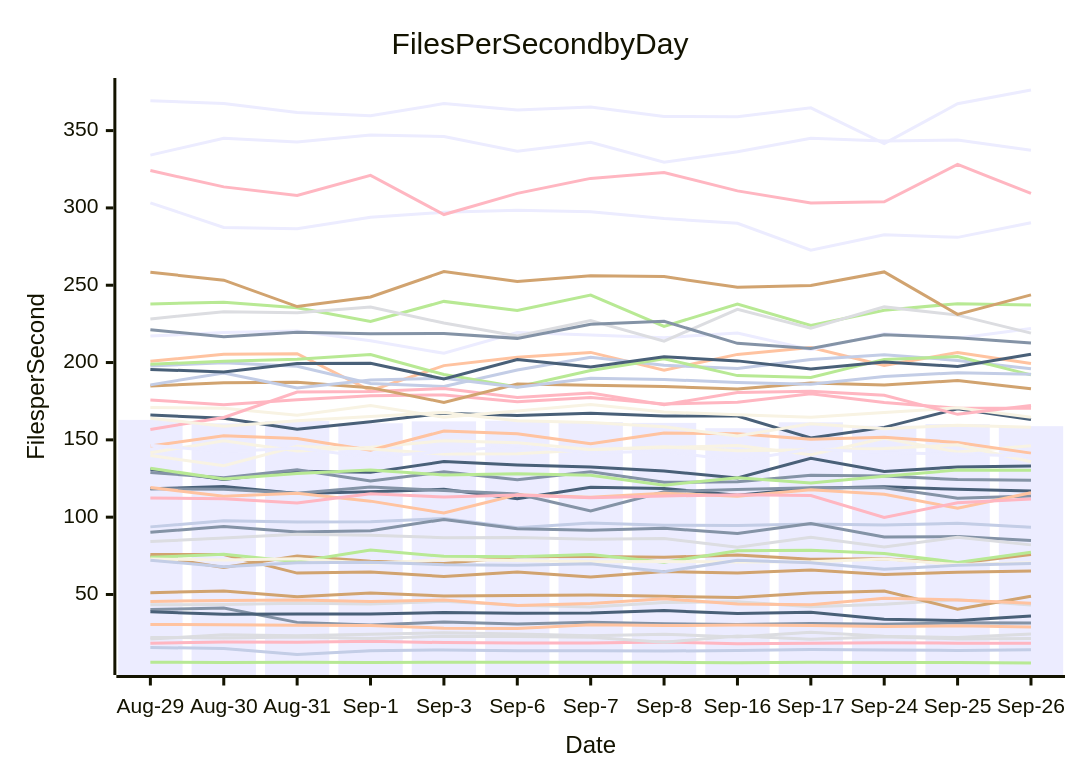
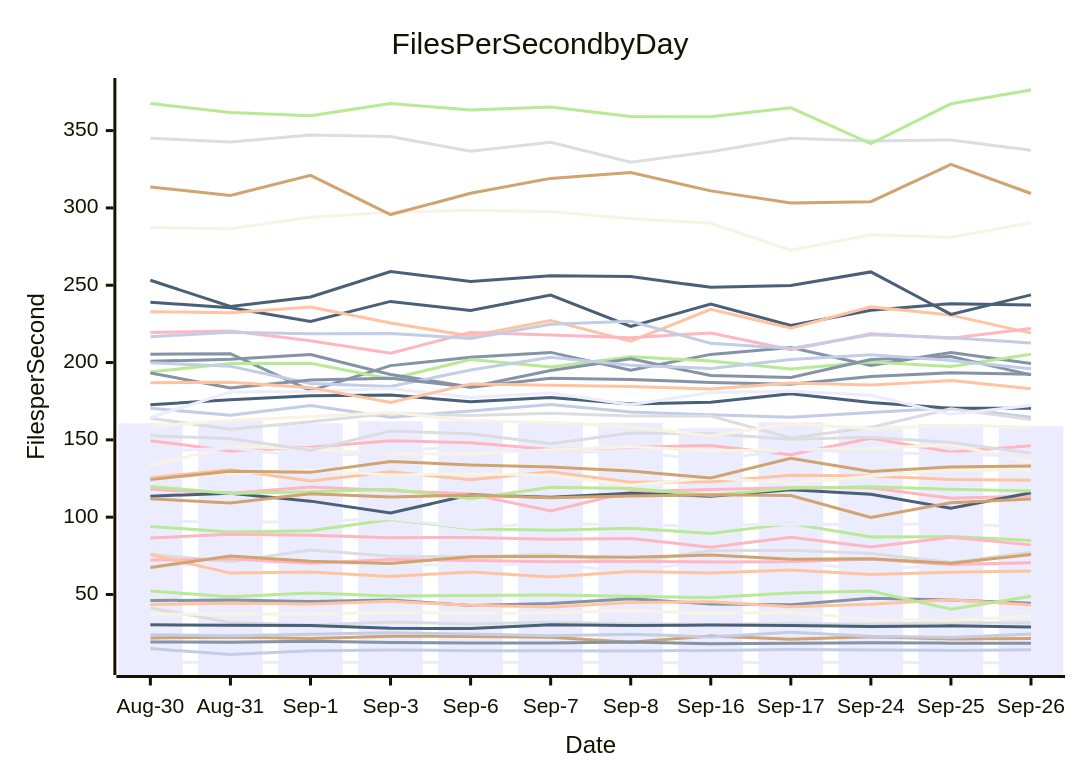
The diagram in perf-report.md (streetsidesoftware/cspell), drawn with Mermaid before and after one commit. The commit also changed other lines of this file and 1 other file, not shown here.

````diff
--- a/perf-report.md
+++ b/perf-report.md
@@ -10,57 +10,57 @@
 ```mermaid
 xychart-beta
     title Files Per Second by Day
     y-axis Files per Second
-    x-axis Date [Aug-29, Aug-30, Aug-31, Sep-1, Sep-3, Sep-6, Sep-7, Sep-8, Sep-16, Sep-17, Sep-24, Sep-25, Sep-26]
-    bar [162.91, 160.67, 162.16, 160.72, 161.93, 162.34, 161.56, 160.97, 157.55, 161.35, 159.12, 160.20, 158.85]
-    line [40.28, 41.27, 31.95, 30.26, 32.20, 30.88, 32.09, 31.08, 30.60, 31.19, 30.72, 31.67, 31.52]
-    line [200.76, 205.32, 205.73, 181.85, 198.01, 203.39, 206.55, 195.11, 205.27, 209.68, 198.18, 206.47, 199.39]
-    line [43.35, 43.55, 44.33, 43.81, 45.60, 43.01, 41.97, 44.80, 45.26, 42.13, 43.68, 46.57, 43.13]
-    line [6.20, 6.04, 6.23, 6.06, 6.09, 6.20, 6.14, 6.11, 5.78, 6.14, 6.07, 5.98, 5.68]
-    line [75.85, 75.82, 63.83, 64.49, 61.65, 64.50, 61.26, 64.86, 63.96, 65.83, 62.91, 64.44, 65.18]
-    line [93.72, 97.65, 96.80, 96.99, 99.11, 93.19, 96.28, 94.70, 94.66, 95.59, 94.92, 96.04, 93.49]
-    line [18.45, 19.29, 19.08, 19.71, 18.88, 18.65, 18.65, 19.33, 18.07, 18.42, 18.78, 18.52, 18.42]
-    line [118.37, 119.80, 115.33, 116.38, 118.04, 111.85, 119.40, 118.51, 114.20, 118.71, 119.64, 118.05, 116.99]
-    line [141.62, 149.48, 142.85, 145.28, 149.46, 148.18, 143.83, 145.01, 146.41, 140.36, 151.00, 142.17, 146.26]
-    line [303.29, 287.37, 286.48, 293.90, 297.13, 298.52, 297.48, 293.09, 290.03, 272.63, 282.67, 280.96, 290.36]
-    line [90.17, 94.03, 90.40, 91.22, 98.55, 92.55, 91.52, 92.79, 89.51, 95.95, 87.21, 87.42, 84.85]
-    line [30.59, 30.45, 30.07, 29.95, 28.16, 27.92, 30.43, 29.89, 30.21, 29.92, 29.23, 29.70, 28.98]
-    line [21.16, 23.95, 23.30, 24.27, 25.24, 24.42, 23.30, 24.35, 22.54, 25.54, 23.00, 22.21, 24.38]
-    line [237.91, 239.06, 235.45, 226.56, 239.54, 233.61, 243.66, 223.35, 237.82, 223.98, 233.86, 238.09, 237.21]
-    line [74.92, 67.44, 74.93, 71.42, 69.97, 74.43, 74.58, 74.02, 75.50, 72.83, 73.03, 70.23, 75.87]
-    line [15.75, 15.00, 11.10, 13.64, 14.09, 13.63, 13.57, 13.40, 13.81, 14.35, 14.04, 13.83, 14.23]
-    line [175.74, 172.74, 175.87, 178.56, 179.08, 174.59, 177.44, 173.15, 174.36, 179.74, 174.18, 170.43, 170.45]
-    line [166.00, 163.99, 156.90, 161.76, 167.23, 165.73, 167.27, 165.39, 165.37, 151.18, 158.06, 170.07, 163.11]
-    line [170.94, 170.42, 165.85, 172.14, 164.57, 168.71, 172.84, 167.97, 166.22, 164.57, 167.61, 170.71, 164.68]
-    line [334.12, 345.07, 342.66, 347.17, 346.14, 336.60, 342.41, 329.55, 336.36, 345.01, 343.35, 343.97, 337.30]
-    line [118.41, 118.01, 115.40, 119.50, 117.17, 114.93, 104.04, 116.42, 117.89, 118.96, 119.04, 112.27, 113.64]
-    line [119.18, 113.59, 115.52, 110.36, 102.65, 114.46, 112.83, 115.47, 113.56, 117.79, 114.76, 105.80, 115.76]
-    line [22.23, 21.90, 22.46, 21.60, 23.03, 22.85, 22.27, 19.18, 23.11, 21.10, 22.62, 21.27, 21.60]
-    line [74.03, 75.97, 71.20, 78.69, 74.68, 74.33, 75.84, 70.78, 78.20, 78.52, 76.56, 70.74, 77.36]
-    line [51.15, 52.21, 48.60, 50.89, 48.97, 49.35, 49.58, 48.85, 47.97, 51.02, 52.29, 40.48, 48.89]
-    line [197.82, 199.85, 197.57, 186.50, 184.53, 195.23, 203.47, 198.25, 196.22, 201.98, 205.02, 201.39, 195.94]
-    line [156.76, 164.43, 180.88, 181.23, 183.21, 177.43, 180.28, 172.77, 180.61, 181.38, 178.77, 166.50, 172.24]
-    line [130.95, 124.42, 129.63, 128.97, 135.94, 133.80, 132.37, 129.87, 125.28, 138.07, 129.51, 132.51, 133.16]
-    line [72.99, 72.24, 73.05, 70.19, 72.55, 71.94, 71.15, 71.34, 71.01, 71.23, 73.00, 69.32, 70.55]
-    line [217.16, 219.42, 220.41, 214.04, 205.97, 219.44, 217.73, 216.08, 219.15, 208.36, 218.68, 215.66, 222.06]
-    line [128.83, 125.51, 130.73, 123.39, 129.29, 124.27, 129.39, 122.55, 122.88, 127.08, 126.63, 124.32, 123.86]
-    line [146.03, 152.71, 150.80, 143.28, 155.69, 153.87, 147.46, 154.39, 153.96, 150.40, 151.64, 148.32, 141.41]
-    line [228.23, 232.86, 232.26, 235.92, 225.53, 217.15, 227.16, 213.82, 234.37, 222.15, 235.99, 230.67, 219.04]
-    line [198.91, 200.77, 202.09, 205.14, 192.22, 184.22, 194.88, 202.40, 191.56, 190.37, 202.02, 203.87, 192.01]
-    line [184.77, 186.94, 187.25, 183.77, 174.20, 186.05, 185.31, 184.47, 182.86, 186.84, 185.48, 188.32, 183.01]
-    line [185.55, 193.26, 183.54, 188.75, 189.86, 184.03, 189.81, 189.01, 187.14, 185.91, 190.99, 193.37, 192.37]
-    line [112.47, 111.83, 109.19, 115.12, 112.97, 114.35, 112.51, 113.70, 114.44, 114.03, 99.84, 109.30, 111.81]
-    line [38.79, 37.24, 37.32, 37.33, 38.42, 37.82, 37.98, 39.62, 37.64, 38.51, 33.90, 33.12, 36.15]
-    line [139.89, 133.31, 145.80, 144.08, 140.79, 141.02, 143.66, 145.59, 142.94, 143.60, 144.39, 146.81, 135.80]
-    line [369.32, 367.60, 361.65, 359.68, 367.46, 363.32, 365.30, 359.11, 358.89, 364.75, 341.57, 367.34, 376.26]
-    line [221.13, 216.69, 219.64, 218.57, 218.78, 215.63, 224.82, 226.65, 212.42, 209.15, 217.97, 216.10, 212.71]
-    line [45.50, 46.05, 46.44, 45.45, 46.41, 42.91, 44.10, 47.18, 43.88, 43.41, 47.56, 46.43, 44.28]
-    line [84.25, 86.47, 88.91, 88.27, 86.74, 86.90, 85.78, 86.18, 80.59, 86.98, 80.71, 87.03, 82.08]
-    line [131.60, 124.76, 128.19, 130.51, 127.29, 128.13, 127.03, 120.72, 125.41, 122.07, 126.43, 130.53, 130.33]
-    line [258.39, 253.25, 236.21, 242.44, 258.87, 252.44, 256.07, 255.58, 248.63, 249.79, 258.60, 231.14, 243.74]
-    line [72.12, 68.00, 70.47, 70.89, 69.29, 68.94, 69.89, 64.77, 72.12, 70.50, 66.34, 68.88, 70.01]
-    line [324.16, 313.60, 308.04, 321.08, 295.70, 309.43, 319.09, 322.91, 311.02, 303.26, 304.00, 328.11, 309.34]
-    line [195.50, 193.96, 199.31, 199.53, 189.39, 201.97, 197.12, 203.70, 201.07, 195.90, 200.29, 197.49, 205.32]
-    line [164.02, 158.84, 162.35, 165.15, 167.75, 162.42, 161.26, 158.45, 152.45, 160.47, 157.19, 159.48, 158.08]
-    line [146.55, 142.25, 144.70, 138.76, 142.53, 146.03, 141.67, 142.57, 136.52, 144.05, 141.65, 140.89, 139.38]
+    x-axis Date [Aug-30, Aug-31, Sep-1, Sep-3, Sep-6, Sep-7, Sep-8, Sep-16, Sep-17, Sep-24, Sep-25, Sep-26]
+    bar [160.67, 162.16, 160.72, 161.93, 162.34, 161.56, 160.97, 157.55, 161.35, 159.12, 160.20, 158.85]
+    line [46.05, 46.44, 45.45, 46.41, 42.91, 44.10, 47.18, 43.88, 43.41, 47.56, 46.43, 44.28]
+    line [43.55, 44.33, 43.81, 45.60, 43.01, 41.97, 44.80, 45.26, 42.13, 43.68, 46.57, 43.13]
+    line [41.27, 31.95, 30.26, 32.20, 30.88, 32.09, 31.08, 30.60, 31.19, 30.72, 31.67, 31.52]
+    line [52.21, 48.60, 50.89, 48.97, 49.35, 49.58, 48.85, 47.97, 51.02, 52.29, 40.48, 48.89]
+    line [21.90, 22.46, 21.60, 23.03, 22.85, 22.27, 19.18, 23.11, 21.10, 22.62, 21.27, 21.60]
+    line [15.00, 11.10, 13.64, 14.09, 13.63, 13.57, 13.40, 13.81, 14.35, 14.04, 13.83, 14.23]
+    line [118.01, 115.40, 119.50, 117.17, 114.93, 104.04, 116.42, 117.89, 118.96, 119.04, 112.27, 113.64]
+    line [113.59, 115.52, 110.36, 102.65, 114.46, 112.83, 115.47, 113.56, 117.79, 114.76, 105.80, 115.76]
+    line [287.37, 286.48, 293.90, 297.13, 298.52, 297.48, 293.09, 290.03, 272.63, 282.67, 280.96, 290.36]
+    line [68.00, 70.47, 70.89, 69.29, 68.94, 69.89, 64.77, 72.12, 70.50, 66.34, 68.88, 70.01]
+    line [19.29, 19.08, 19.71, 18.88, 18.65, 18.65, 19.33, 18.07, 18.42, 18.78, 18.52, 18.42]
+    line [125.51, 130.73, 123.39, 129.29, 124.27, 129.39, 122.55, 122.88, 127.08, 126.63, 124.32, 123.86]
+    line [75.97, 71.20, 78.69, 74.68, 74.33, 75.84, 70.78, 78.20, 78.52, 76.56, 70.74, 77.36]
+    line [94.03, 90.40, 91.22, 98.55, 92.55, 91.52, 92.79, 89.51, 95.95, 87.21, 87.42, 84.85]
+    line [313.60, 308.04, 321.08, 295.70, 309.43, 319.09, 322.91, 311.02, 303.26, 304.00, 328.11, 309.34]
+    line [170.42, 165.85, 172.14, 164.57, 168.71, 172.84, 167.97, 166.22, 164.57, 167.61, 170.71, 164.68]
+    line [72.24, 73.05, 70.19, 72.55, 71.94, 71.15, 71.34, 71.01, 71.23, 73.00, 69.32, 70.55]
+    line [239.06, 235.45, 226.56, 239.54, 233.61, 243.66, 223.35, 237.82, 223.98, 233.86, 238.09, 237.21]
+    line [37.24, 37.32, 37.33, 38.42, 37.82, 37.98, 39.62, 37.64, 38.51, 33.90, 33.12, 36.15]
+    line [97.65, 96.80, 96.99, 99.11, 93.19, 96.28, 94.70, 94.66, 95.59, 94.92, 96.04, 93.49]
+    line [205.32, 205.73, 181.85, 198.01, 203.39, 206.55, 195.11, 205.27, 209.68, 198.18, 206.47, 199.39]
+    line [75.82, 63.83, 64.49, 61.65, 64.50, 61.26, 64.86, 63.96, 65.83, 62.91, 64.44, 65.18]
+    line [345.07, 342.66, 347.17, 346.14, 336.60, 342.41, 329.55, 336.36, 345.01, 343.35, 343.97, 337.30]
+    line [193.96, 199.31, 199.53, 189.39, 201.97, 197.12, 203.70, 201.07, 195.90, 200.29, 197.49, 205.32]
+    line [67.44, 74.93, 71.42, 69.97, 74.43, 74.58, 74.02, 75.50, 72.83, 73.03, 70.23, 75.87]
+    line [23.95, 23.30, 24.27, 25.24, 24.42, 23.30, 24.35, 22.54, 25.54, 23.00, 22.21, 24.38]
+    line [149.48, 142.85, 145.28, 149.46, 148.18, 143.83, 145.01, 146.41, 140.36, 151.00, 142.17, 146.26]
+    line [172.74, 175.87, 178.56, 179.08, 174.59, 177.44, 173.15, 174.36, 179.74, 174.18, 170.43, 170.45]
+    line [124.76, 128.19, 130.51, 127.29, 128.13, 127.03, 120.72, 125.41, 122.07, 126.43, 130.53, 130.33]
+    line [6.04, 6.23, 6.06, 6.09, 6.20, 6.14, 6.11, 5.78, 6.14, 6.07, 5.98, 5.68]
+    line [200.77, 202.09, 205.14, 192.22, 184.22, 194.88, 202.40, 191.56, 190.37, 202.02, 203.87, 192.01]
+    line [232.86, 232.26, 235.92, 225.53, 217.15, 227.16, 213.82, 234.37, 222.15, 235.99, 230.67, 219.04]
+    line [163.99, 156.90, 161.76, 167.23, 165.73, 167.27, 165.39, 165.37, 151.18, 158.06, 170.07, 163.11]
+    line [119.80, 115.33, 116.38, 118.04, 111.85, 119.40, 118.51, 114.20, 118.71, 119.64, 118.05, 116.99]
+    line [124.42, 129.63, 128.97, 135.94, 133.80, 132.37, 129.87, 125.28, 138.07, 129.51, 132.51, 133.16]
+    line [199.85, 197.57, 186.50, 184.53, 195.23, 203.47, 198.25, 196.22, 201.98, 205.02, 201.39, 195.94]
+    line [219.42, 220.41, 214.04, 205.97, 219.44, 217.73, 216.08, 219.15, 208.36, 218.68, 215.66, 222.06]
+    line [30.45, 30.07, 29.95, 28.16, 27.92, 30.43, 29.89, 30.21, 29.92, 29.23, 29.70, 28.98]
+    line [133.31, 145.80, 144.08, 140.79, 141.02, 143.66, 145.59, 142.94, 143.60, 144.39, 146.81, 135.80]
+    line [164.43, 180.88, 181.23, 183.21, 177.43, 180.28, 172.77, 180.61, 181.38, 178.77, 166.50, 172.24]
+    line [193.26, 183.54, 188.75, 189.86, 184.03, 189.81, 189.01, 187.14, 185.91, 190.99, 193.37, 192.37]
+    line [186.94, 187.25, 183.77, 174.20, 186.05, 185.31, 184.47, 182.86, 186.84, 185.48, 188.32, 183.01]
+    line [152.71, 150.80, 143.28, 155.69, 153.87, 147.46, 154.39, 153.96, 150.40, 151.64, 148.32, 141.41]
+    line [367.60, 361.65, 359.68, 367.46, 363.32, 365.30, 359.11, 358.89, 364.75, 341.57, 367.34, 376.26]
+    line [111.83, 109.19, 115.12, 112.97, 114.35, 112.51, 113.70, 114.44, 114.03, 99.84, 109.30, 111.81]
+    line [216.69, 219.64, 218.57, 218.78, 215.63, 224.82, 226.65, 212.42, 209.15, 217.97, 216.10, 212.71]
+    line [86.47, 88.91, 88.27, 86.74, 86.90, 85.78, 86.18, 80.59, 86.98, 80.71, 87.03, 82.08]
+    line [253.25, 236.21, 242.44, 258.87, 252.44, 256.07, 255.58, 248.63, 249.79, 258.60, 231.14, 243.74]
+    line [158.84, 162.35, 165.15, 167.75, 162.42, 161.26, 158.45, 152.45, 160.47, 157.19, 159.48, 158.08]
+    line [142.25, 144.70, 138.76, 142.53, 146.03, 141.67, 142.57, 136.52, 144.05, 141.65, 140.89, 139.38]
 ```
````
